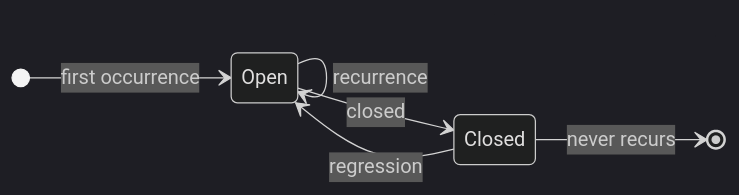
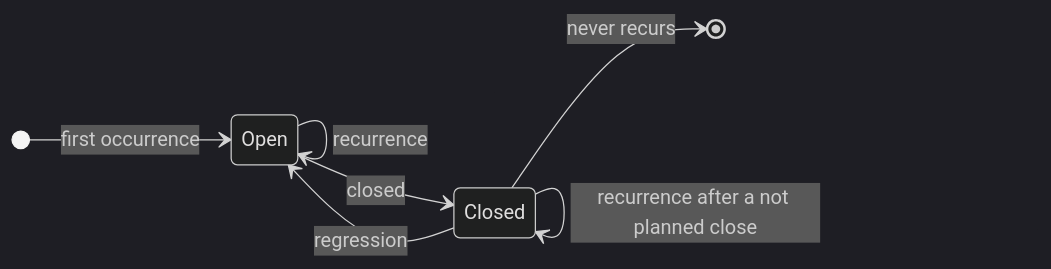
The diagram in docs/ISSUE_CONTRACT.md (matthiasbigl/err2issue), drawn with Mermaid (dark theme) before and after one commit. The commit also changed other lines of this file and 7 other files, not shown here.

First line of the commit message:
feat(filer): leave not-planned issues closed and survive refused comments

````diff
--- a/docs/ISSUE_CONTRACT.md
+++ b/docs/ISSUE_CONTRACT.md
@@ -140,9 +140,10 @@
 ```mermaid
 stateDiagram-v2
     direction LR
     [*] --> Open: first occurrence
     Open --> Open: recurrence
     Open --> Closed: closed
     Closed --> Open: regression
+    Closed --> Closed: recurrence after a not planned close
     Closed --> [*]: never recurs
 ```
````
